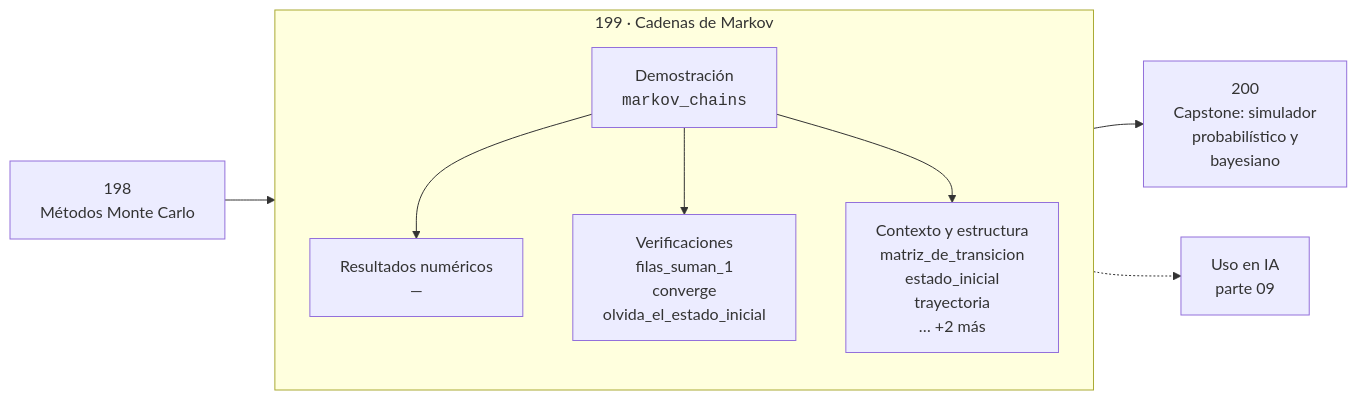
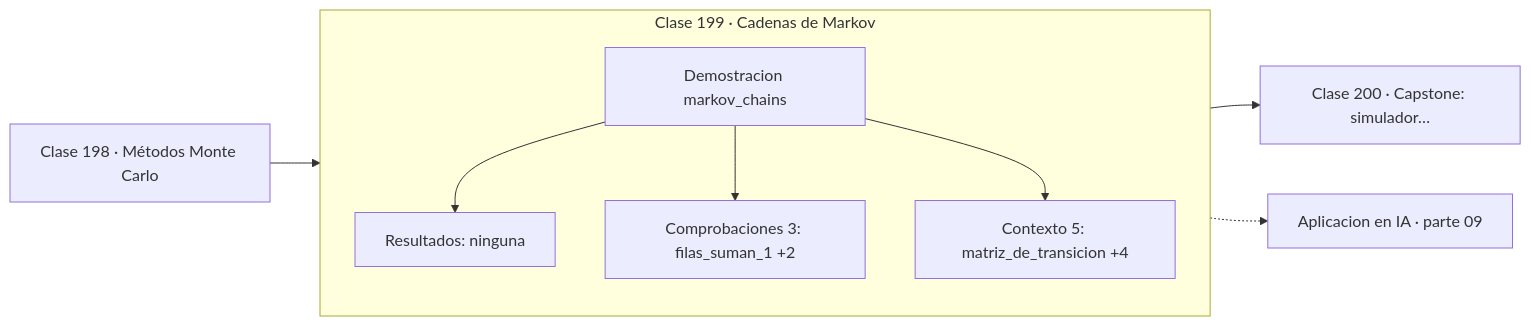
The diagram in classes/part-09-probabilidad-y-procesos-aleatorios/199-cadenas-de-markov/README.md (vladimiracunadev-create/computational-mathematics-program), drawn with Mermaid before and after one commit. The commit also changed 389 other files, not shown here.

First line of the commit message:
fix(diagramas): elimina el HTML de las etiquetas Mermaid

````diff
--- a/classes/part-09-probabilidad-y-procesos-aleatorios/199-cadenas-de-markov/README.md
+++ b/classes/part-09-probabilidad-y-procesos-aleatorios/199-cadenas-de-markov/README.md
@@ -30,12 +30,13 @@
 ```mermaid
 flowchart LR
-    P["198<br/>Métodos Monte Carlo"] --> C
-    subgraph C["199 · Cadenas de Markov"]
+    P["Clase 198 · Métodos Monte Carlo"] --> D
+    subgraph CLASE["Clase 199 · Cadenas de Markov"]
         direction TB
-        D["Demostración<br/><code>markov_chains</code>"] --> R["Resultados numéricos<br/>—"]
-        D --> V["Verificaciones<br/>filas_suman_1<br/>converge<br/>olvida_el_estado_inicial"]
-        D --> O["Contexto y estructura<br/>matriz_de_transicion<br/>estado_inicial<br/>trayectoria<br/>… +2 más"]
+        D["Demostracion markov_chains"]
+        D --> R["Resultados: ninguna"]
+        D --> V["Comprobaciones 3: filas_suman_1 +2"]
+        D --> O["Contexto 5: matriz_de_transicion +4"]
     end
-    C --> N["200<br/>Capstone: simulador<br/>probabilístico y<br/>bayesiano"]
-    C -.-> IA["Uso en IA<br/>parte 09"]
+    R --> N["Clase 200 · Capstone: simulador…"]
+    V -.-> IA["Aplicacion en IA · parte 09"]
 ```
````
